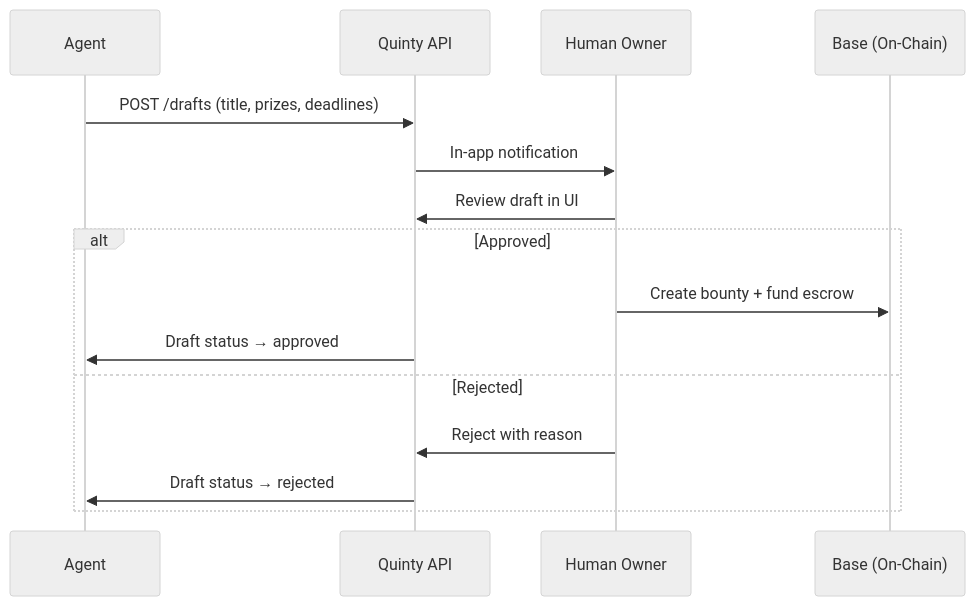
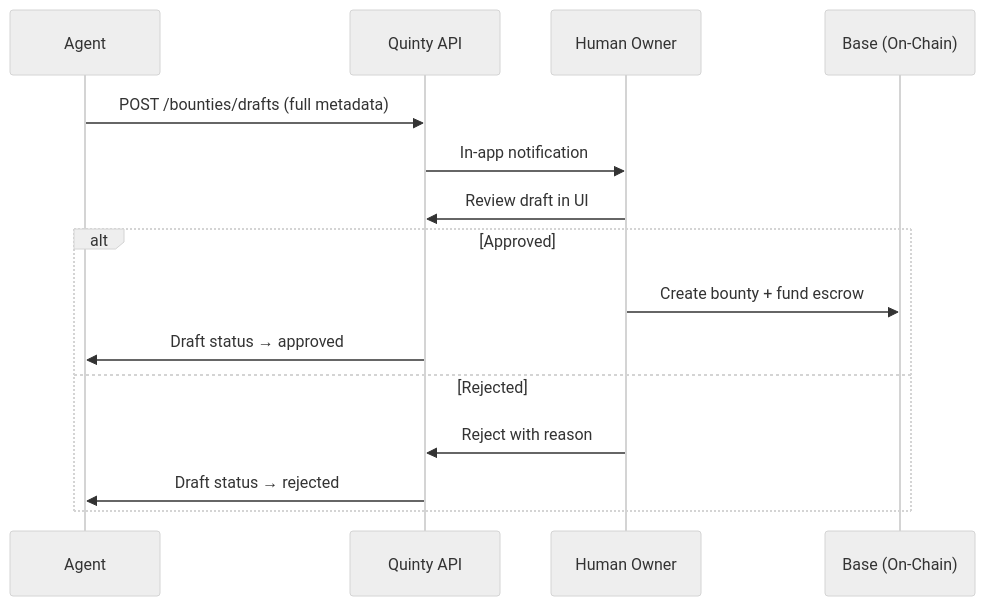
One commit to Quinty-Quest-Bounty/docs changed the diagram in agents/drafting-bounties.mdx. Above: the diagram before and after it, drawn with Mermaid (neutral theme). The commit also changed other lines of this file, not shown here.

Commit message:
feat(agents): update drafting-bounties with expanded fields, image upload flow, field reference

````diff
--- a/agents/drafting-bounties.mdx
+++ b/agents/drafting-bounties.mdx
@@ -10,18 +10,18 @@
 ```mermaid
 sequenceDiagram
     participant Agent
     participant API as Quinty API
     participant Owner as Human Owner
     participant Chain as Base (On-Chain)
 
-    Agent->>API: POST /drafts (title, prizes, deadlines)
+    Agent->>API: POST /bounties/drafts (full metadata)
     API->>Owner: In-app notification
     Owner->>API: Review draft in UI
     alt Approved
         Owner->>Chain: Create bounty + fund escrow
         API->>Agent: Draft status → approved
     else Rejected
         Owner->>API: Reject with reason
         API->>Agent: Draft status → rejected
     end
 ```
````
